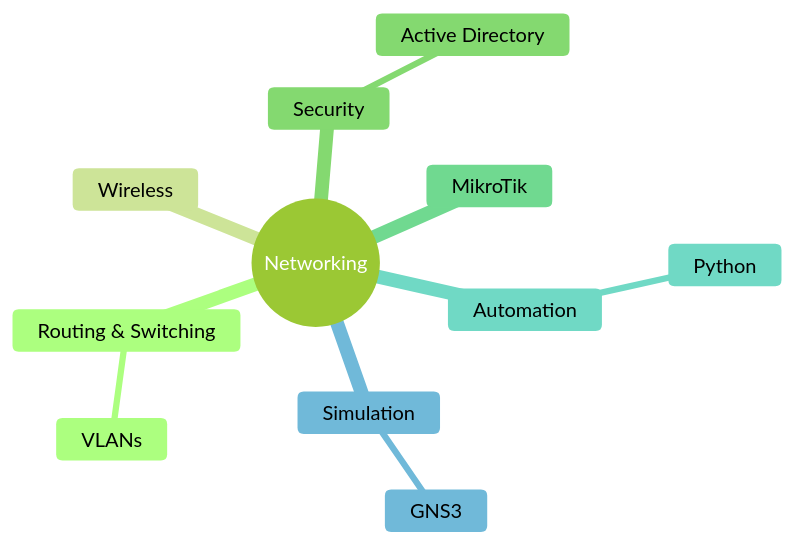
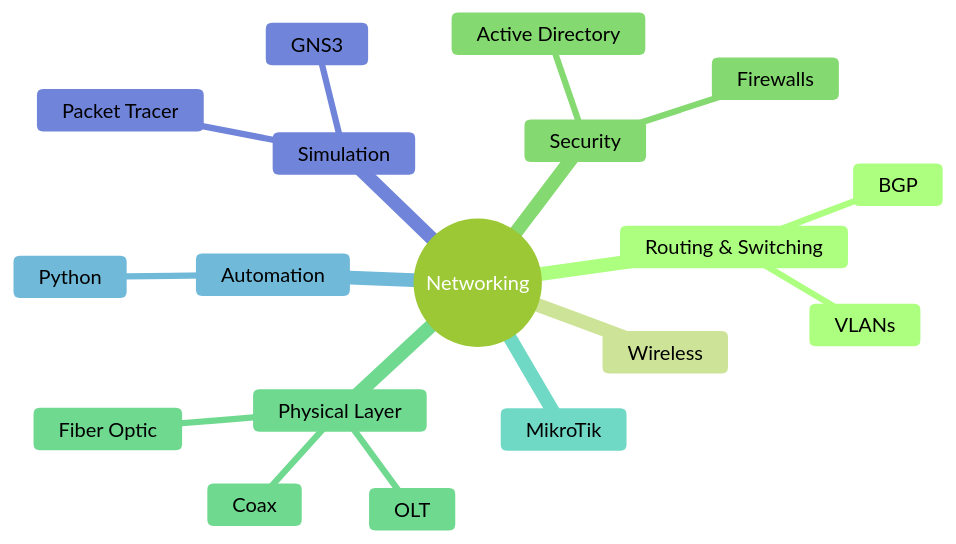
Before and after one commit to ErdrinPervizaj-EP/ErdrinPervizaj-EP: the diagram in README.md, drawn with Mermaid (forest theme).

Commit message:
Restore full detail in Skill Map (badges stay trimmed/general)
Tech & Tools badge row is the high-level summary; the Skill Map
mindmap keeps the detailed breakdown including items dropped from
the badge row.

````diff
--- a/README.md
+++ b/README.md
@@ -37,14 +37,21 @@
 ```mermaid
 mindmap
   root((Networking))
     Routing & Switching
+      BGP
       VLANs
     Wireless
     Security
+      Firewalls
       Active Directory
+    Physical Layer
+      Fiber Optic
+      OLT
+      Coax
     MikroTik
     Automation
       Python
     Simulation
+      Packet Tracer
       GNS3
 ```
````
